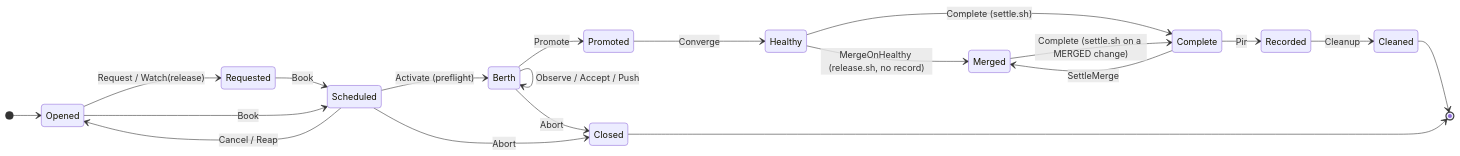
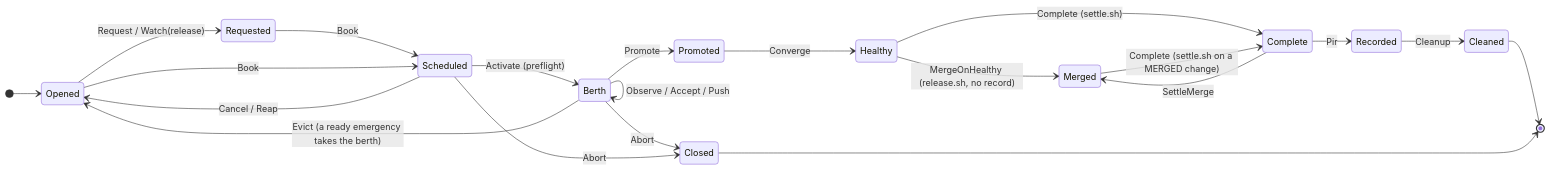
The diagram in docs/label-state-machine.org (aygp-dr/standard-change), drawn with Mermaid before and after one commit. The commit also changed other lines of this file and 6 other files, not shown here.

```diff
--- a/docs/label-state-machine.org
+++ b/docs/label-state-machine.org
@@ -54,23 +53,24 @@
 #+begin_src mermaid :eval never-export
 stateDiagram-v2
     direction LR
     [*] --> Opened
     Opened --> Requested: Request / Watch(release)
     Requested --> Scheduled: Book
     Opened --> Scheduled: Book
     Scheduled --> Opened: Cancel / Reap
     Scheduled --> Berth: Activate (preflight)
     Berth --> Berth: Observe / Accept / Push
     Berth --> Promoted: Promote
     Promoted --> Healthy: Converge
     Healthy --> Merged: MergeOnHealthy (release.sh, no record)
     Healthy --> Complete: Complete (settle.sh)
     Complete --> Merged: SettleMerge
     Merged --> Complete: Complete (settle.sh on a MERGED change)
     Complete --> Recorded: Pir
     Recorded --> Cleaned: Cleanup
+    Berth --> Opened: Evict (a ready emergency takes the berth)
     Berth --> Closed: Abort
     Scheduled --> Closed: Abort
     Cleaned --> [*]
     Closed --> [*]
 #+end_src
```
